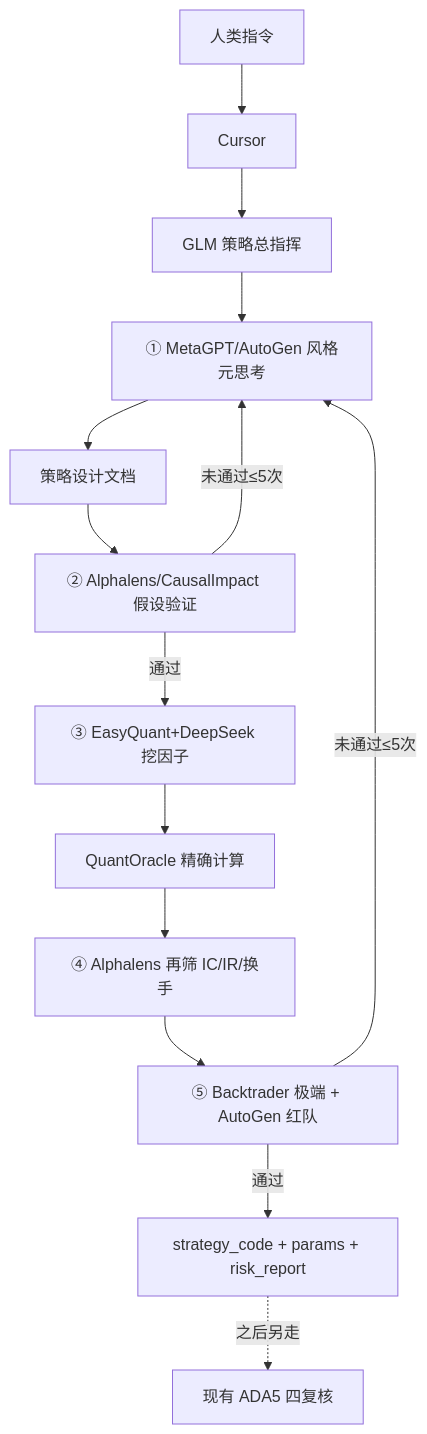
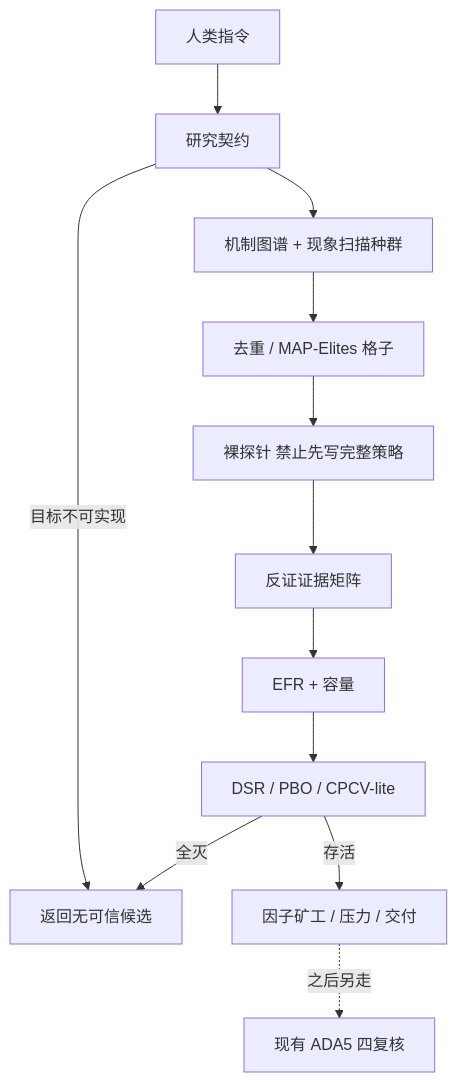
Before and after one commit to loxiningol/xining: the diagram in docs/CREATION_BLUEPRINT_V1.md, drawn with Mermaid. The commit also changed other lines of this file and 16 other files, not shown here.

````diff
--- a/docs/CREATION_BLUEPRINT_V1.md
+++ b/docs/CREATION_BLUEPRINT_V1.md
@@ -7,16 +7,14 @@
 ```mermaid
 flowchart TD
-    User[人类指令] --> Cursor[Cursor]
-    Cursor --> GLM[GLM 策略总指挥]
-    GLM --> S1[① MetaGPT/AutoGen 风格元思考]
-    S1 --> Doc[策略设计文档]
-    Doc --> S2[② Alphalens/CausalImpact 假设验证]
-    S2 -->|未通过≤5次| S1
-    S2 -->|通过| S3[③ EasyQuant+DeepSeek 挖因子]
-    S3 --> QO[QuantOracle 精确计算]
-    QO --> S4[④ Alphalens 再筛 IC/IR/换手]
-    S4 --> S5[⑤ Backtrader 极端 + AutoGen 红队]
-    S5 -->|未通过≤5次| S1
-    S5 -->|通过| Pack[strategy_code + params + risk_report]
-    Pack -.->|之后另走| Review[现有 ADA5 四复核]
+    User[人类指令] --> Contract[研究契约]
+    Contract -->|目标不可实现| Empty[返回无可信候选]
+    Contract --> Pop[机制图谱 + 现象扫描种群]
+    Pop --> Dedupe[去重 / MAP-Elites 格子]
+    Dedupe --> Probe[裸探针 禁止先写完整策略]
+    Probe --> Anti[反证证据矩阵]
+    Anti --> EFR[EFR + 容量]
+    EFR --> MT[DSR / PBO / CPCV-lite]
+    MT -->|存活| Assemble[因子矿工 / 压力 / 交付]
+    MT -->|全灭| Empty
+    Assemble -.->|之后另走| Review[现有 ADA5 四复核]
 ```
````
